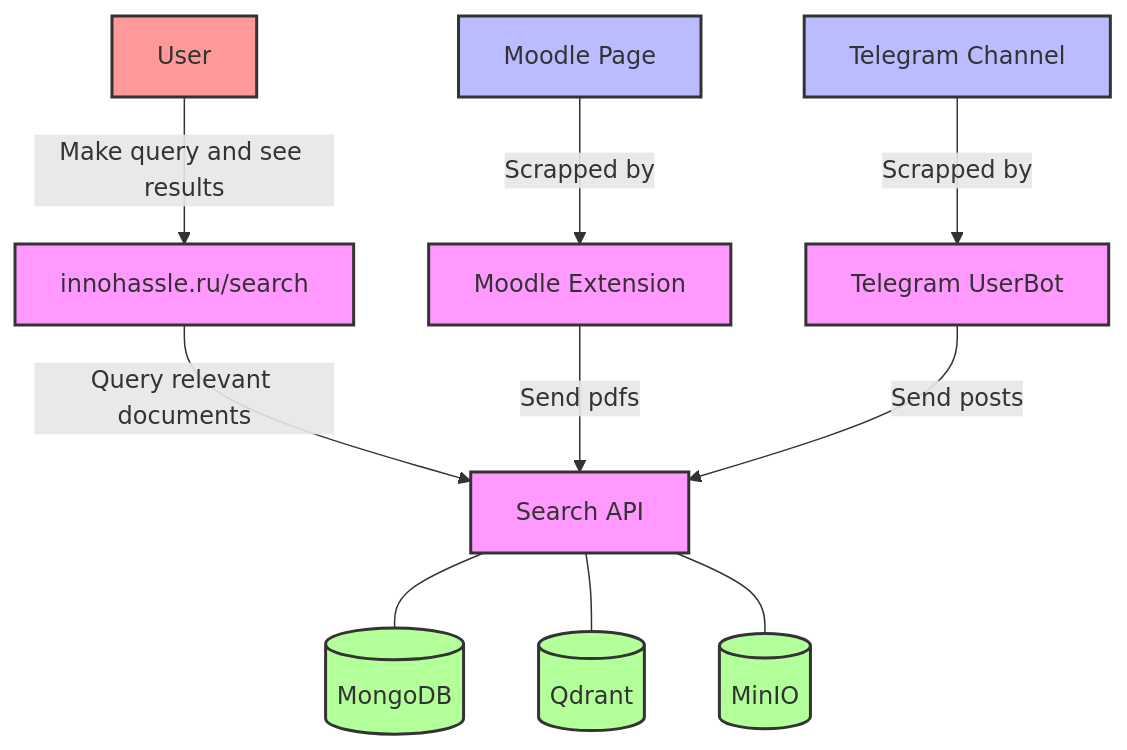
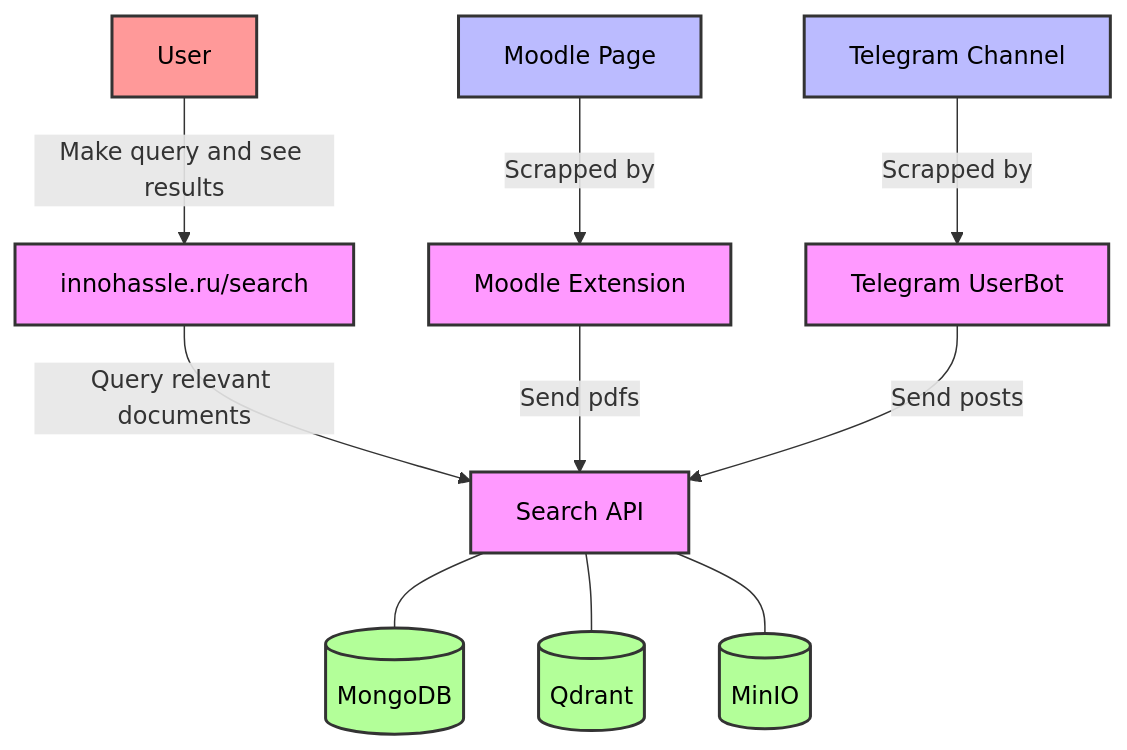
Before and after one commit to IU-PR/Capstone_project: the first of 2 diagrams in content/docs/2024/one-zero-eight/week2.md, drawn with Mermaid. The commit also changed other lines of this file, not shown here.

Commit message:
chore: make diagrams visible

````diff
--- a/content/docs/2024/one-zero-eight/week2.md
+++ b/content/docs/2024/one-zero-eight/week2.md
@@ -19,33 +19,33 @@
 ```mermaid
 graph TD
 		%% Styles %%
-    style User fill:#f99,stroke:#333,stroke-width:2px
-    style SearchPage fill:#f9f,stroke:#333,stroke-width:2px
-    style SearchAPI fill:#f9f,stroke:#333,stroke-width:2px
-    style MongoDB fill:#b3ff99,stroke:#333,stroke-width:2px
-    style Qdrant fill:#b3ff99,stroke:#333,stroke-width:2px
-    style MinIO fill:#b3ff99,stroke:#333,stroke-width:2px
-    style MoodlePage fill:#bbf,stroke:#333,stroke-width:2px
-    style MoodleExtension fill:#f9f,stroke:#333,stroke-width:2px
-    style TelegramChannel fill:#bbf,stroke:#333,stroke-width:2px
-    style TelegramUserBot fill:#f9f,stroke:#333,stroke-width:2px
+    style User fill:#f99,stroke:#333,stroke-width:2px,color:#000
+    style SearchPage fill:#f9f,stroke:#333,stroke-width:2px,color:#000
+    style SearchAPI fill:#f9f,stroke:#333,stroke-width:2px,color:#000
+    style MongoDB fill:#b3ff99,stroke:#333,stroke-width:2px,color:#000
+    style Qdrant fill:#b3ff99,stroke:#333,stroke-width:2px,color:#000
+    style MinIO fill:#b3ff99,stroke:#333,stroke-width:2px,color:#000
+    style MoodlePage fill:#bbf,stroke:#333,stroke-width:2px,color:#000
+    style MoodleExtension fill:#f9f,stroke:#333,stroke-width:2px,color:#000
+    style TelegramChannel fill:#bbf,stroke:#333,stroke-width:2px,color:#000
+    style TelegramUserBot fill:#f9f,stroke:#333,stroke-width:2px,color:#000
 	
     %% User Interaction %%
     User[User] -->|Make query and see results| SearchPage["innohassle.ru/search"]
 
     %% Search Page and API %%
     SearchPage -->|Query relevant documents| SearchAPI[Search API]
 
     %% Databases %%
     SearchAPI --- MongoDB[(MongoDB)]
     SearchAPI --- Qdrant[(Qdrant)]
     SearchAPI --- MinIO[(MinIO)]
 
     %% Scrapers %%
     MoodlePage[Moodle Page] -->|Scrapped by| MoodleExtension[Moodle Extension]
     TelegramChannel[Telegram Channel] -->|Scrapped by| TelegramUserBot[Telegram UserBot]
 
     %% Data Flow %%
     MoodleExtension -->|Send pdfs| SearchAPI
     TelegramUserBot -->|Send posts| SearchAPI
 ```
````
